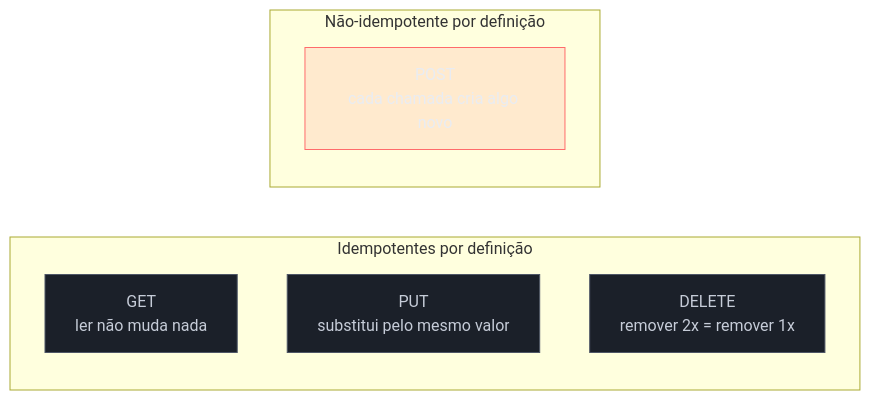
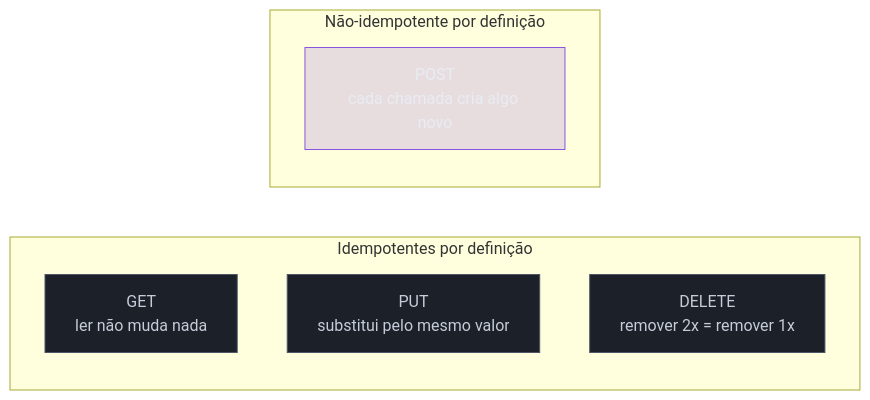
One commit to josenaldo/codex-technomanticus changed the first of 3 diagrams in 03-Dominios/Engenharia/Comunicação entre Sistemas/3 - Confiabilidade do contrato/01 - Idempotência.md. Above: the diagram before and after it, drawn with Mermaid. The commit also changed other lines of this file and 601 other files, not shown here.

````diff
--- a/03-Dominios/Engenharia/Comunicação entre Sistemas/3 - Confiabilidade do contrato/01 - Idempotência.md
+++ b/03-Dominios/Engenharia/Comunicação entre Sistemas/3 - Confiabilidade do contrato/01 - Idempotência.md
@@ -37,19 +37,19 @@
 ```mermaid
 graph LR
+    classDef marca fill:#8855DF33,stroke:#8855DF,color:#E9ECF2
     classDef neutro fill:#1B2029,stroke:#4E5666,color:#C6CCD8
-    classDef falha fill:#FF6B6B24,stroke:#FF6B6B,color:#E9ECF2
     subgraph Idempotentes["Idempotentes por definição"]
         GET["GET<br/>ler não muda nada"]
         PUT["PUT<br/>substitui pelo mesmo valor"]
         DELETE["DELETE<br/>remover 2x = remover 1x"]
     end
 
     subgraph NaoIdempotente["Não-idempotente por definição"]
         POST["POST<br/>cada chamada cria algo novo"]
     end
 
     class GET neutro
     class PUT neutro
     class DELETE neutro
-    class POST falha
+    class POST marca
 ```
````
